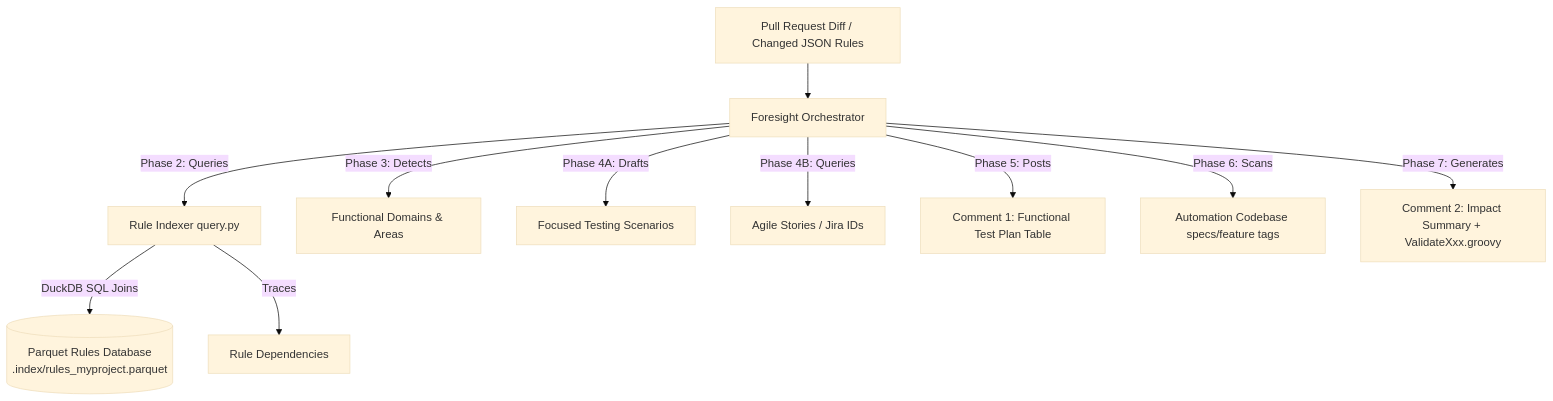
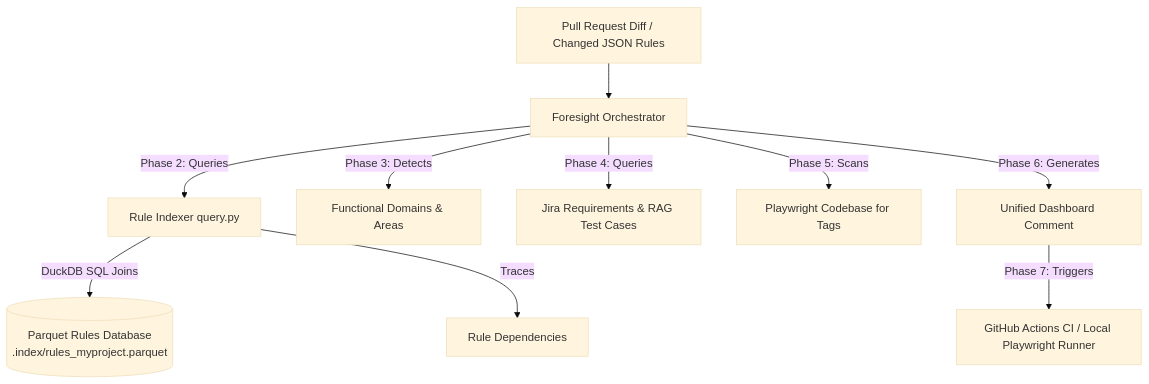
One commit to ReshmaAIAutomation/regression-foresight-agent- changed the diagram in README.md. Above: the diagram before and after it, drawn with Mermaid (base theme). The commit also changed other lines of this file, not shown here.

Commit message:
docs: remove legacy groovy references and dual-comment exporter from README

````diff
--- a/README.md
+++ b/README.md
@@ -18,13 +18,12 @@
 ```mermaid
 graph TD
     A[Pull Request Diff / Changed JSON Rules] --> B[Foresight Orchestrator]
     B -->|Phase 2: Queries| C[Rule Indexer query.py]
     C -->|DuckDB SQL Joins| D[(Parquet Rules Database<br>.index/rules_myproject.parquet)]
     C -->|Traces| E[Rule Dependencies]
     B -->|Phase 3: Detects| F[Functional Domains & Areas]
-    B -->|Phase 4A: Drafts| G[Focused Testing Scenarios]
-    B -->|Phase 4B: Queries| H[Agile Stories / Jira IDs]
-    B -->|Phase 5: Posts| I[Comment 1: Functional Test Plan Table]
-    B -->|Phase 6: Scans| J[Automation Codebase specs/feature tags]
-    B -->|Phase 7: Generates| K[Comment 2: Impact Summary + ValidateXxx.groovy]
+    B -->|Phase 4: Queries| G[Jira Requirements & RAG Test Cases]
+    B -->|Phase 5: Scans| H[Playwright Codebase for Tags]
+    B -->|Phase 6: Generates| I[Unified Dashboard Comment]
+    I -->|Phase 7: Triggers| J[GitHub Actions CI / Local Playwright Runner]
 ```
````
